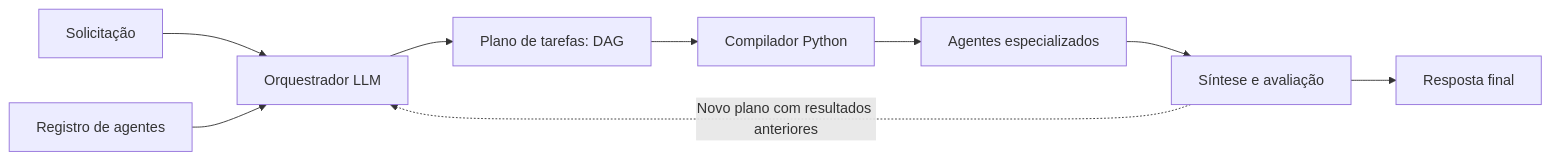
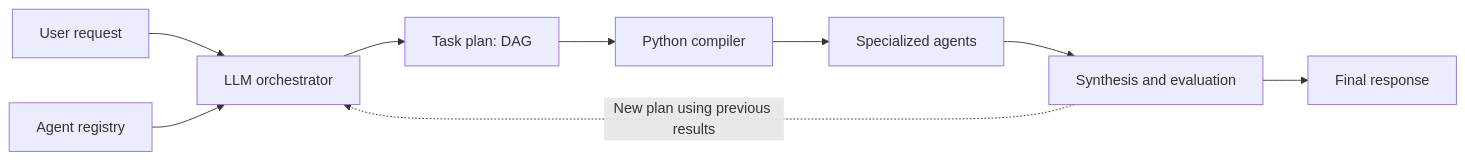
Before and after one commit to joaomadruga/AgentCompiler: the first of 10 diagrams in README.md, drawn with Mermaid. The commit also changed other lines of this file and 4 other files, not shown here.

````diff
--- a/README.md
+++ b/README.md
@@ -11,11 +11,11 @@
 ```mermaid
 flowchart LR
-    U[Solicitação] --> O[Orquestrador LLM]
-    R[Registro de agentes] --> O
-    O --> P[Plano de tarefas: DAG]
-    P --> C[Compilador Python]
-    C --> A[Agentes especializados]
-    A --> S[Síntese e avaliação]
-    S --> F[Resposta final]
-    S -. Novo plano com resultados anteriores .-> O
+    U[User request] --> O[LLM orchestrator]
+    R[Agent registry] --> O
+    O --> P[Task plan: DAG]
+    P --> C[Python compiler]
+    C --> A[Specialized agents]
+    A --> S[Synthesis and evaluation]
+    S --> F[Final response]
+    S -. New plan using previous results .-> O
 ```
````
